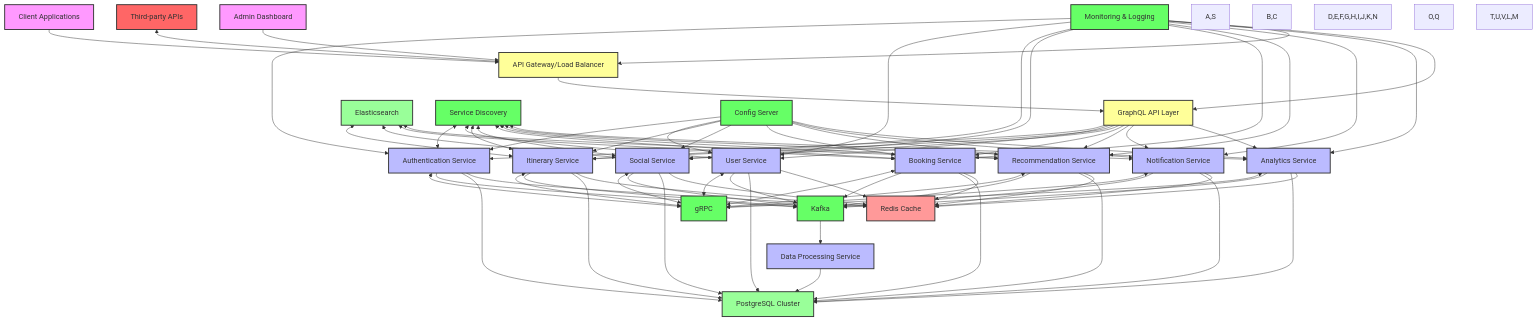
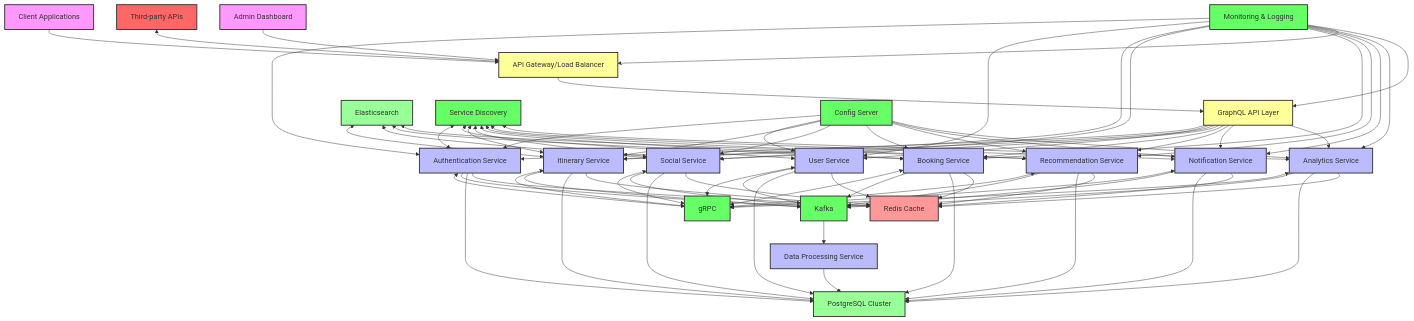
One commit to sagar6413/one-stop-solution changed the second of 2 diagrams in test.md. Above: the diagram before and after it, drawn with Mermaid.

````diff
--- a/test.md
+++ b/test.md
@@ -25,28 +25,37 @@
 ```mermaid
 graph TD
-    %% Nodes with styles
-    A[Client Applications]
-    B[API Gateway/Load Balancer]
-    C[GraphQL API Layer]
-    D[Authentication Service]
-    E[User Service]
-    F[Itinerary Service]
-    G[Social Service]
-    H[Booking Service]
-    I[Recommendation Service]
-    J[Notification Service]
-    K[Analytics Service]
-    L[gRPC]
-    M[Kafka]
-    N[Data Processing Service]
-    O[PostgreSQL Cluster]
-    P[Redis Cache]
-    Q[Elasticsearch]
-    R[Third-party APIs]
-    S[Admin Dashboard]
-    T[Monitoring & Logging]
-    U[Service Discovery]
-    V[Config Server]
+    %% Define styles
+    classDef client fill:#f9f,stroke:#333,stroke-width:2px;
+    classDef gateway fill:#ff9,stroke:#333,stroke-width:2px;
+    classDef service fill:#bbf,stroke:#333,stroke-width:2px;
+    classDef db fill:#9f9,stroke:#333,stroke-width:2px;
+    classDef cache fill:#f99,stroke:#333,stroke-width:2px;
+    classDef external fill:#f66,stroke:#333,stroke-width:2px;
+    classDef misc fill:#6f6,stroke:#333,stroke-width:2px;
+
+    %% Nodes
+    A[Client Applications]:::client
+    B[API Gateway/Load Balancer]:::gateway
+    C[GraphQL API Layer]:::gateway
+    D[Authentication Service]:::service
+    E[User Service]:::service
+    F[Itinerary Service]:::service
+    G[Social Service]:::service
+    H[Booking Service]:::service
+    I[Recommendation Service]:::service
+    J[Notification Service]:::service
+    K[Analytics Service]:::service
+    L[gRPC]:::misc
+    M[Kafka]:::misc
+    N[Data Processing Service]:::service
+    O[PostgreSQL Cluster]:::db
+    P[Redis Cache]:::cache
+    Q[Elasticsearch]:::db
+    R[Third-party APIs]:::external
+    S[Admin Dashboard]:::client
+    T[Monitoring & Logging]:::misc
+    U[Service Discovery]:::misc
+    V[Config Server]:::misc
 
     %% Connections
     A --> B
@@ -96,22 +105,4 @@
     V --> I
     V --> J
     V --> K
-
-    %% Styling
-    classDef client fill:#f9f,stroke:#333,stroke-width:2px;
-    classDef gateway fill:#ff9,stroke:#333,stroke-width:2px;
-    classDef service fill:#bbf,stroke:#333,stroke-width:2px;
-    classDef db fill:#9f9,stroke:#333,stroke-width:2px;
-    classDef cache fill:#f99,stroke:#333,stroke-width:2px;
-    classDef external fill:#f66,stroke:#333,stroke-width:2px;
-    classDef misc fill:#6f6,stroke:#333,stroke-width:2px;
-
-    %% Apply styles
-    A,S:::client
-    B,C:::gateway
-    D,E,F,G,H,I,J,K,N:::service
-    O,Q:::db
-    P:::cache
-    R:::external
-    T,U,V,L,M:::misc
 ```
````
